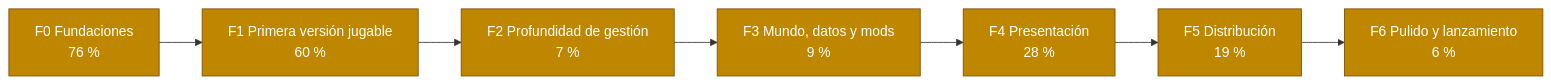
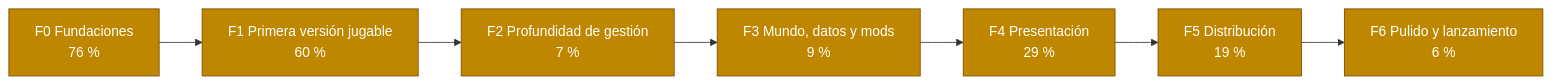
The second of 2 diagrams in docs/roadmap.md (dariogea/BM27), drawn with Mermaid before and after one commit. The commit also changed other lines of this file and 13 other files, not shown here.

````diff
--- a/docs/roadmap.md
+++ b/docs/roadmap.md
@@ -50,21 +50,21 @@
 ```mermaid
 flowchart LR
   F0["F0 Fundaciones<br/>76 %"]
   F1["F1 Primera versión jugable<br/>60 %"]
   F2["F2 Profundidad de gestión<br/>7 %"]
   F3["F3 Mundo, datos y mods<br/>9 %"]
-  F4["F4 Presentación<br/>28 %"]
+  F4["F4 Presentación<br/>29 %"]
   F5["F5 Distribución<br/>19 %"]
   F6["F6 Pulido y lanzamiento<br/>6 %"]
   F0 --> F1 --> F2 --> F3 --> F4 --> F5 --> F6
   classDef hecho fill:#2da44e,color:#fff,stroke:#1a7f37;
   classDef curso fill:#bf8700,color:#fff,stroke:#7d4e00;
   classDef pendiente fill:#eaeef2,color:#24292f,stroke:#8c959f;
   class F0 curso;
   class F1 curso;
   class F2 curso;
   class F3 curso;
   class F4 curso;
   class F5 curso;
   class F6 curso;
 ```
````
